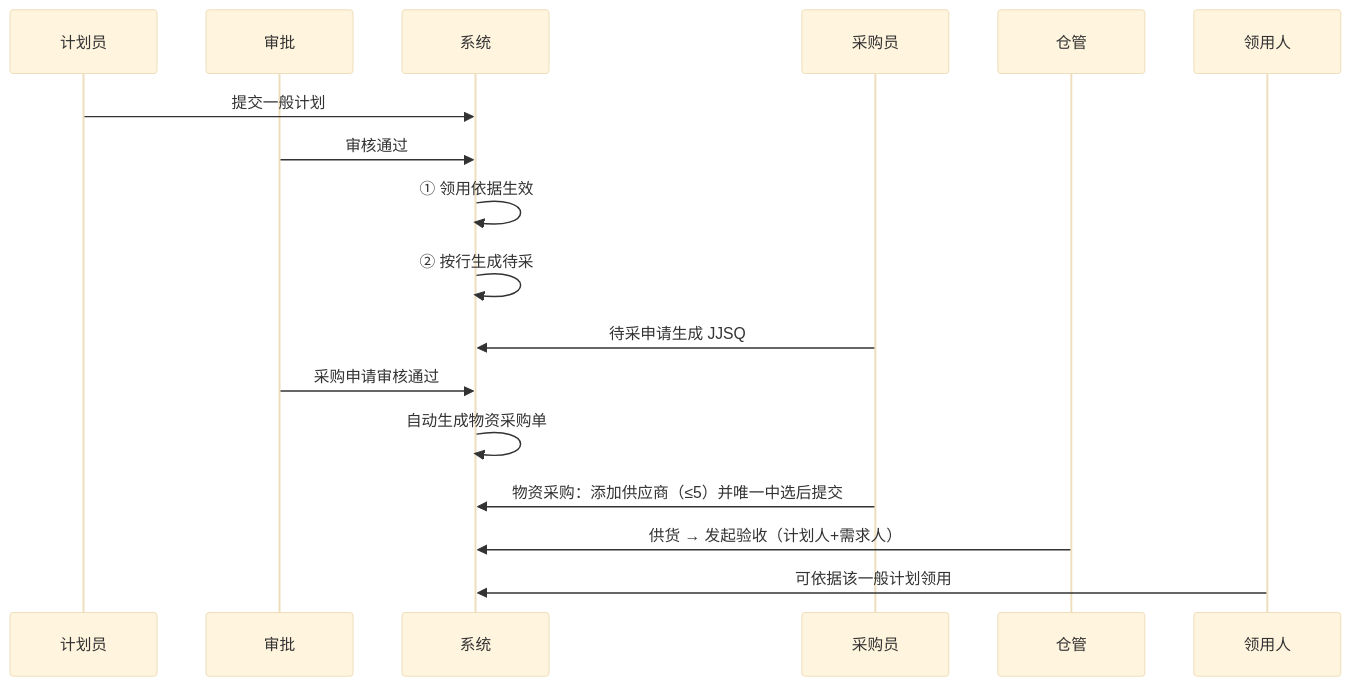
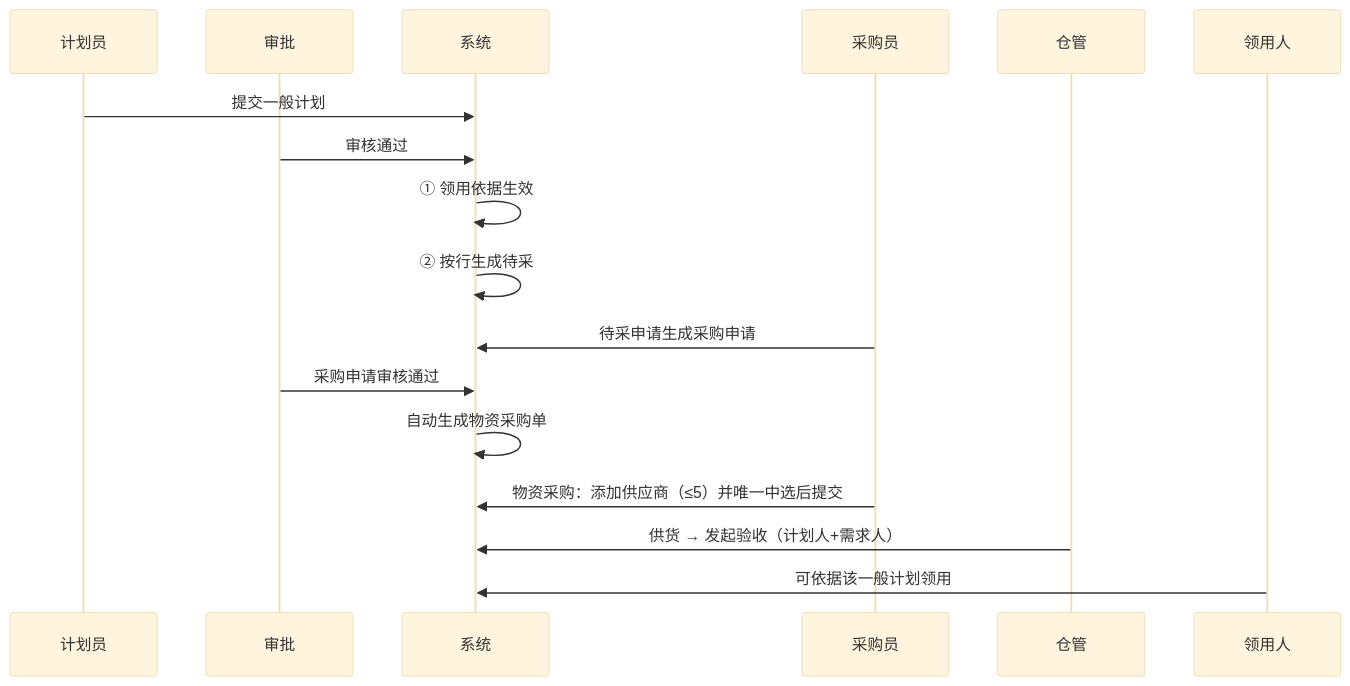
Before and after one commit to liaoliao66/wms: the third of 6 diagrams in docs/versions/v1.0.1/prd.md, drawn with Mermaid (base theme). The commit also changed other lines of this file and 1 other file, not shown here.

First line of the commit message:
docs(v1.0.1): replace JJSQ with 采购申请 and make material spec optional

````diff
--- a/docs/versions/v1.0.1/prd.md
+++ b/docs/versions/v1.0.1/prd.md
@@ -146,20 +147,20 @@
 ```mermaid
 sequenceDiagram
   participant 计划员
   participant 审批
   participant 系统
   participant 采购员
   participant 仓管
   participant 领用人
 
   计划员->>系统: 提交一般计划
   审批->>系统: 审核通过
   系统->>系统: ① 领用依据生效
   系统->>系统: ② 按行生成待采
-  采购员->>系统: 待采申请生成 JJSQ
+  采购员->>系统: 待采申请生成采购申请
   审批->>系统: 采购申请审核通过
   系统->>系统: 自动生成物资采购单
   采购员->>系统: 物资采购：添加供应商（≤5）并唯一中选后提交
   仓管->>系统: 供货 → 发起验收（计划人+需求人）
   领用人->>系统: 可依据该一般计划领用
 ```
````
